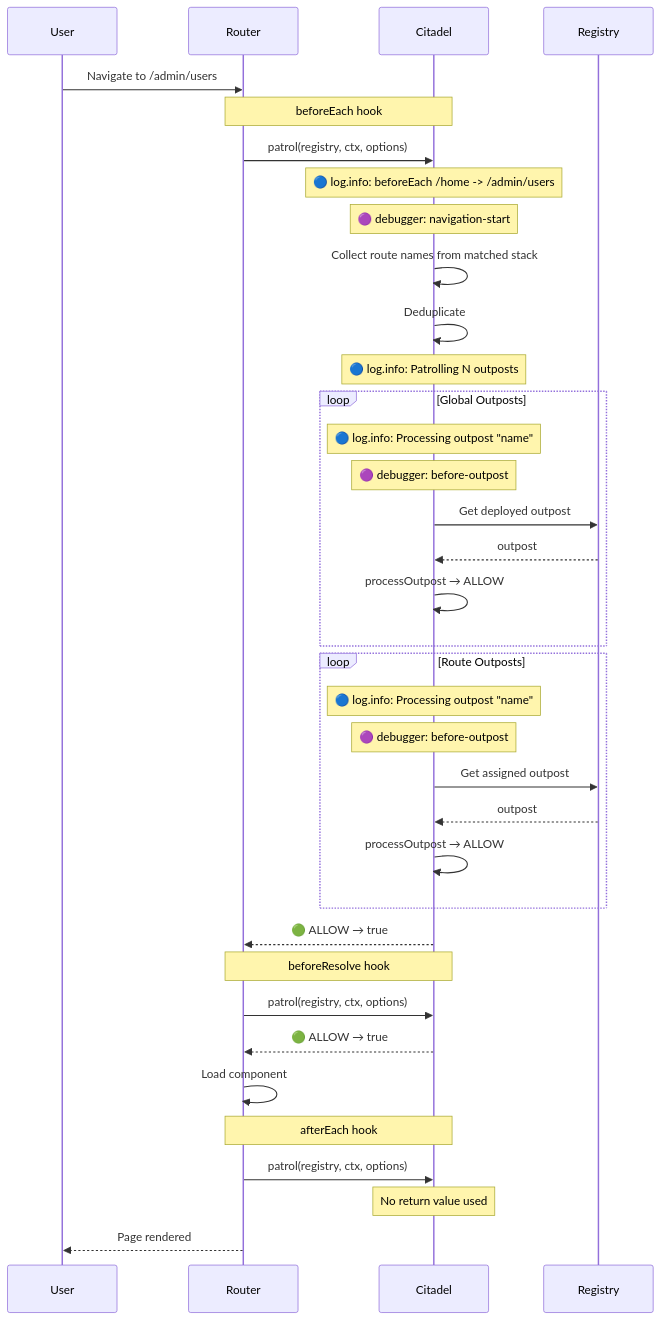
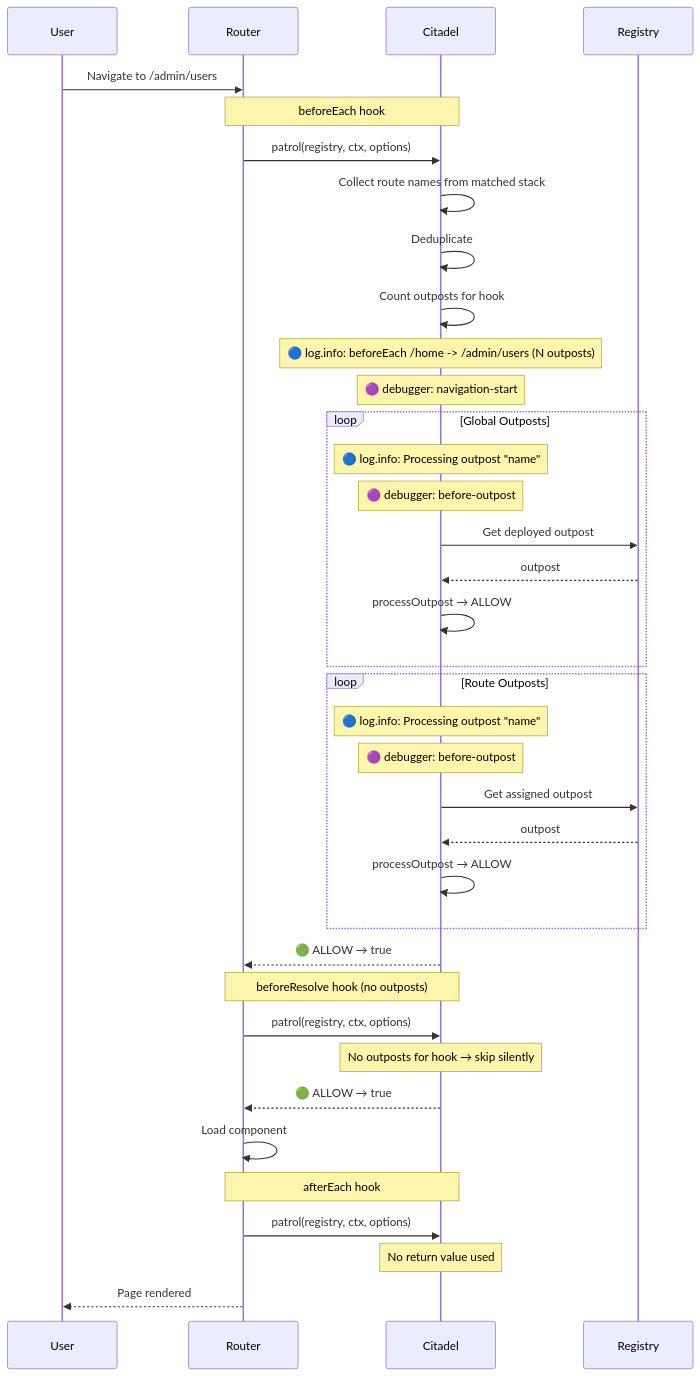
The fifth of 9 diagrams in docs/internals.md (Kassaila/vue-router-citadel), drawn with Mermaid before and after one commit. The commit also changed other lines of this file, not shown here.

Commit message:
docs: log - update

````diff
--- a/docs/internals.md
+++ b/docs/internals.md
@@ -265,50 +267,50 @@
 ```mermaid
 sequenceDiagram
     participant U as User
     participant R as Router
     participant C as Citadel
     participant Reg as Registry
 
     U->>R: Navigate to /admin/users
 
     Note over R,C: beforeEach hook
     R->>C: patrol(registry, ctx, options)
 
-    Note over C: 🔵 log.info: beforeEach /home -> /admin/users
-    Note over C: 🟣 debugger: navigation-start
-
     C->>C: Collect route names from matched stack
     C->>C: Deduplicate
+    C->>C: Count outposts for hook
 
-    Note over C: 🔵 log.info: Patrolling N outposts
+    Note over C: 🔵 log.info: beforeEach /home -> /admin/users (N outposts)
+    Note over C: 🟣 debugger: navigation-start
 
     loop Global Outposts
         Note over C: 🔵 log.info: Processing outpost "name"
         Note over C: 🟣 debugger: before-outpost
         C->>Reg: Get deployed outpost
         Reg-->>C: outpost
         C->>C: processOutpost → ALLOW
     end
 
     loop Route Outposts
         Note over C: 🔵 log.info: Processing outpost "name"
         Note over C: 🟣 debugger: before-outpost
         C->>Reg: Get assigned outpost
         Reg-->>C: outpost
         C->>C: processOutpost → ALLOW
     end
 
     C-->>R: 🟢 ALLOW → true
 
-    Note over R,C: beforeResolve hook
+    Note over R,C: beforeResolve hook (no outposts)
     R->>C: patrol(registry, ctx, options)
+    Note over C: No outposts for hook → skip silently
     C-->>R: 🟢 ALLOW → true
 
     R->>R: Load component
 
     Note over R,C: afterEach hook
     R->>C: patrol(registry, ctx, options)
     Note over C: No return value used
 
     R-->>U: Page rendered
 ```
````
